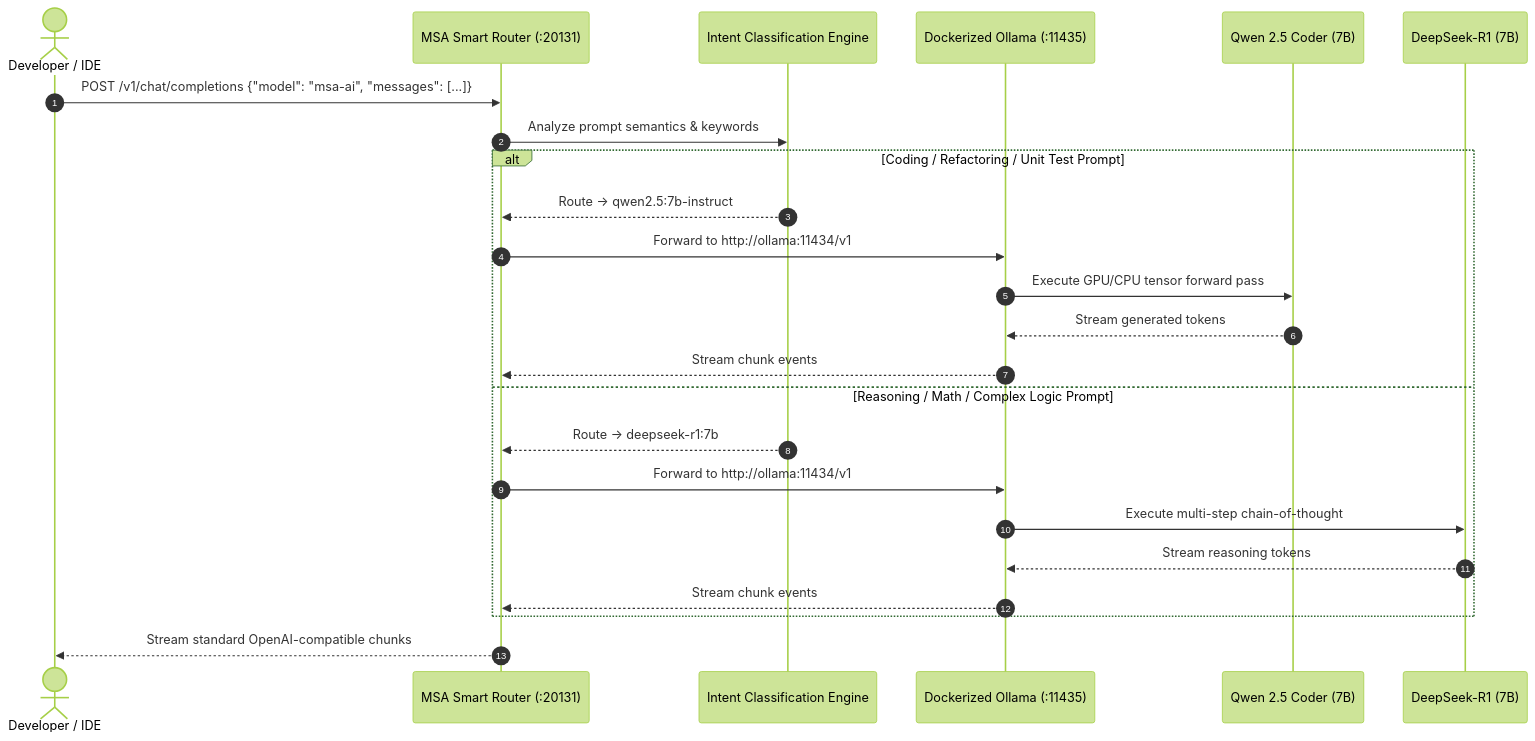
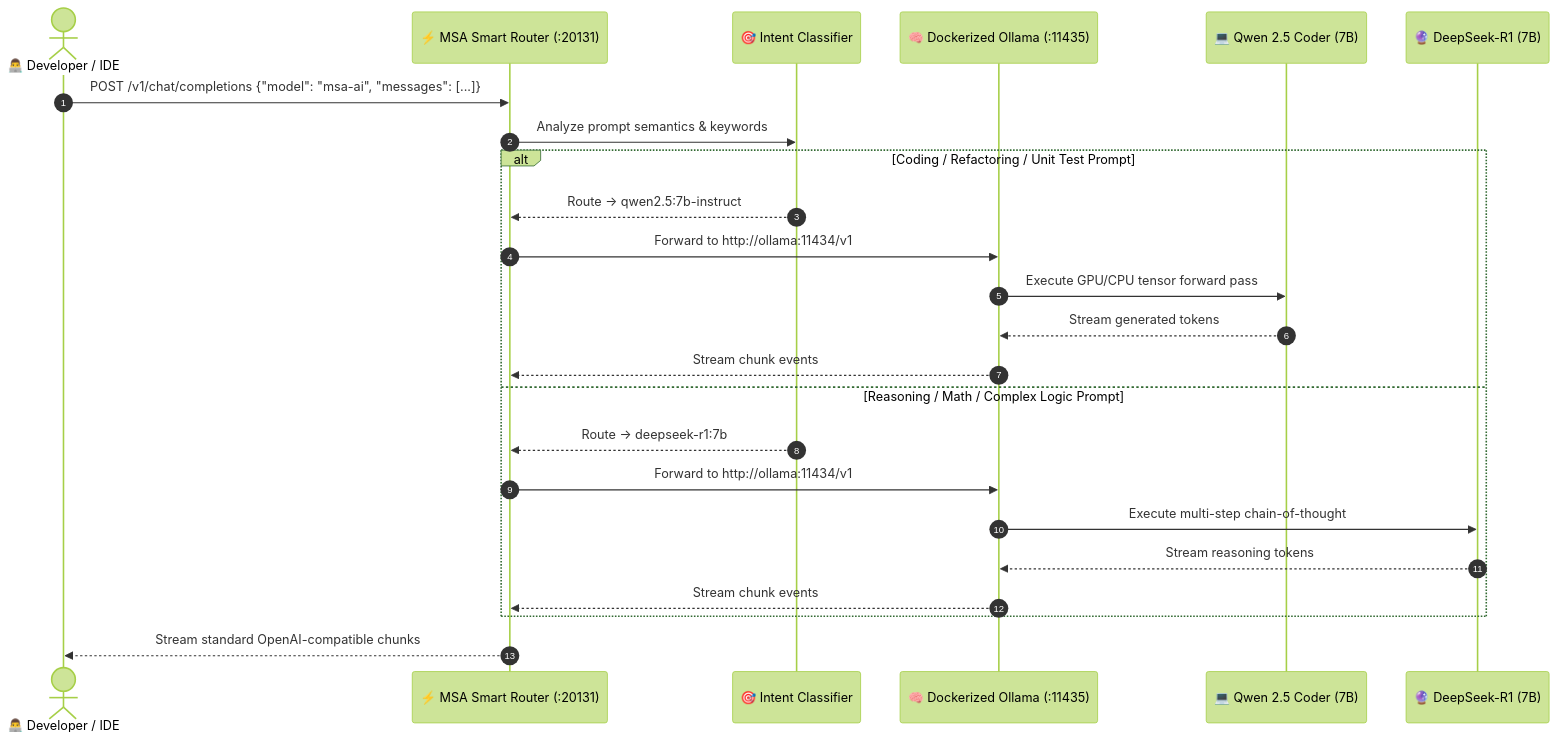
The second of 2 diagrams in README.md (Sadique721/MSA-Router), drawn with Mermaid (forest theme) before and after one commit. The commit also changed other lines of this file and 2 other files, not shown here.

Commit message:
docs(readme): add rich visual architecture, navigation grid, badges, and features

````diff
--- a/README.md
+++ b/README.md
@@ -102,27 +153,27 @@
 ```mermaid
 sequenceDiagram
     autonumber
-    actor Dev as Developer / IDE
-    participant Router as MSA Smart Router (:20131)
-    participant Classifier as Intent Classification Engine
-    participant Ollama as Dockerized Ollama (:11435)
-    participant Qwen as Qwen 2.5 Coder (7B)
-    participant DeepSeek as DeepSeek-R1 (7B)
+    actor Dev as 👨‍💻 Developer / IDE
+    participant Router as ⚡ MSA Smart Router (:20131)
+    participant Classifier as 🎯 Intent Classifier
+    participant Ollama as 🧠 Dockerized Ollama (:11435)
+    participant Qwen as 💻 Qwen 2.5 Coder (7B)
+    participant DeepSeek as 🔮 DeepSeek-R1 (7B)
 
     Dev->>Router: POST /v1/chat/completions {"model": "msa-ai", "messages": [...]}
     Router->>Classifier: Analyze prompt semantics & keywords
     alt Coding / Refactoring / Unit Test Prompt
         Classifier-->>Router: Route -> qwen2.5:7b-instruct
         Router->>Ollama: Forward to http://ollama:11434/v1
         Ollama->>Qwen: Execute GPU/CPU tensor forward pass
         Qwen-->>Ollama: Stream generated tokens
         Ollama-->>Router: Stream chunk events
     else Reasoning / Math / Complex Logic Prompt
         Classifier-->>Router: Route -> deepseek-r1:7b
         Router->>Ollama: Forward to http://ollama:11434/v1
         Ollama->>DeepSeek: Execute multi-step chain-of-thought
         DeepSeek-->>Ollama: Stream reasoning tokens
         Ollama-->>Router: Stream chunk events
     end
     Router-->>Dev: Stream standard OpenAI-compatible chunks
 ```
````
